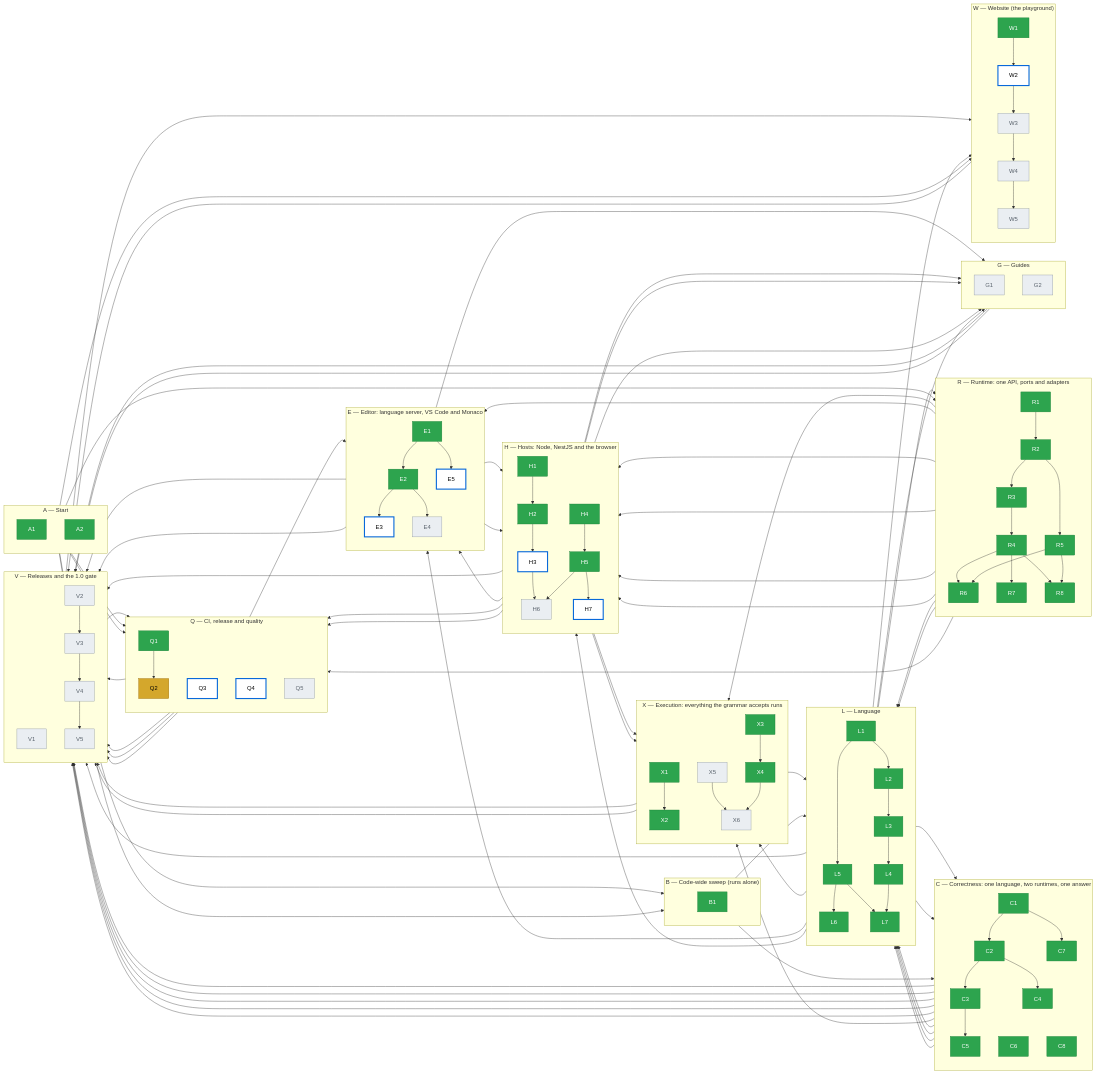
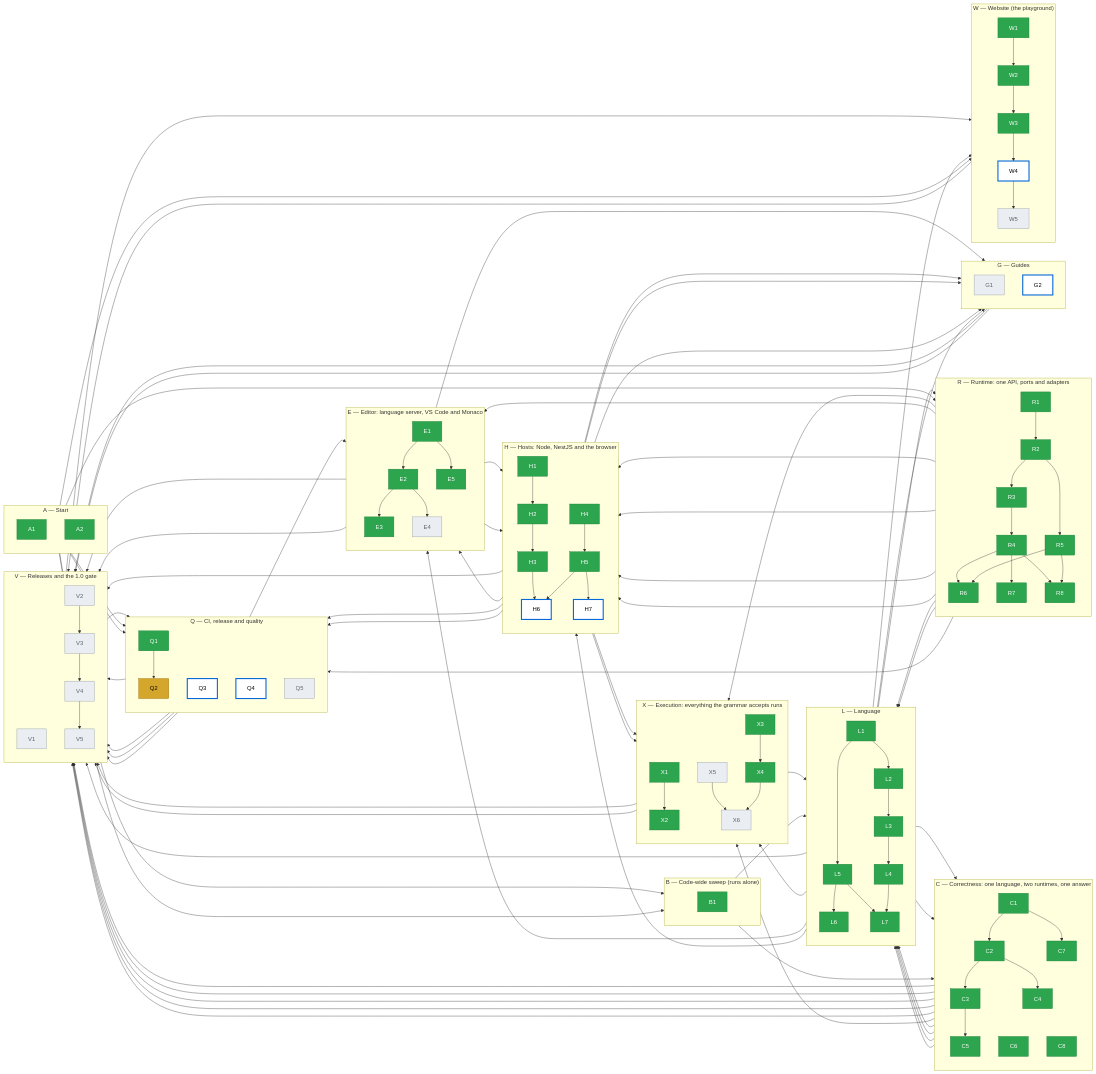
The diagram in docs/production/progress.md (shams-app/minab), drawn with Mermaid before and after one commit. The commit also changed other lines of this file, not shown here.

```diff
--- a/docs/production/progress.md
+++ b/docs/production/progress.md
@@ -61,19 +61,19 @@
       direction TB
       H1["H1"]:::done
       H2["H2"]:::done
-      H3["H3"]:::ready
+      H3["H3"]:::done
       H4["H4"]:::done
       H5["H5"]:::done
-      H6["H6"]:::todo
+      H6["H6"]:::ready
       H7["H7"]:::ready
    end
    subgraph lane7["E — Editor: language server, VS Code and Monaco"]
       direction TB
       E1["E1"]:::done
       E2["E2"]:::done
-      E3["E3"]:::ready
+      E3["E3"]:::done
       E4["E4"]:::todo
-      E5["E5"]:::ready
+      E5["E5"]:::done
    end
    subgraph lane8["X — Execution: everything the grammar accepts runs"]
       direction TB
@@ -87,14 +87,14 @@
    subgraph lane9["G — Guides"]
       direction TB
       G1["G1"]:::todo
-      G2["G2"]:::todo
+      G2["G2"]:::ready
    end
    subgraph lane10["W — Website (the playground)"]
       direction TB
       W1["W1"]:::done
-      W2["W2"]:::ready
-      W3["W3"]:::todo
-      W4["W4"]:::todo
+      W2["W2"]:::done
+      W3["W3"]:::done
+      W4["W4"]:::ready
       W5["W5"]:::todo
    end
    subgraph lane11["V — Releases and the 1.0 gate"]
```
